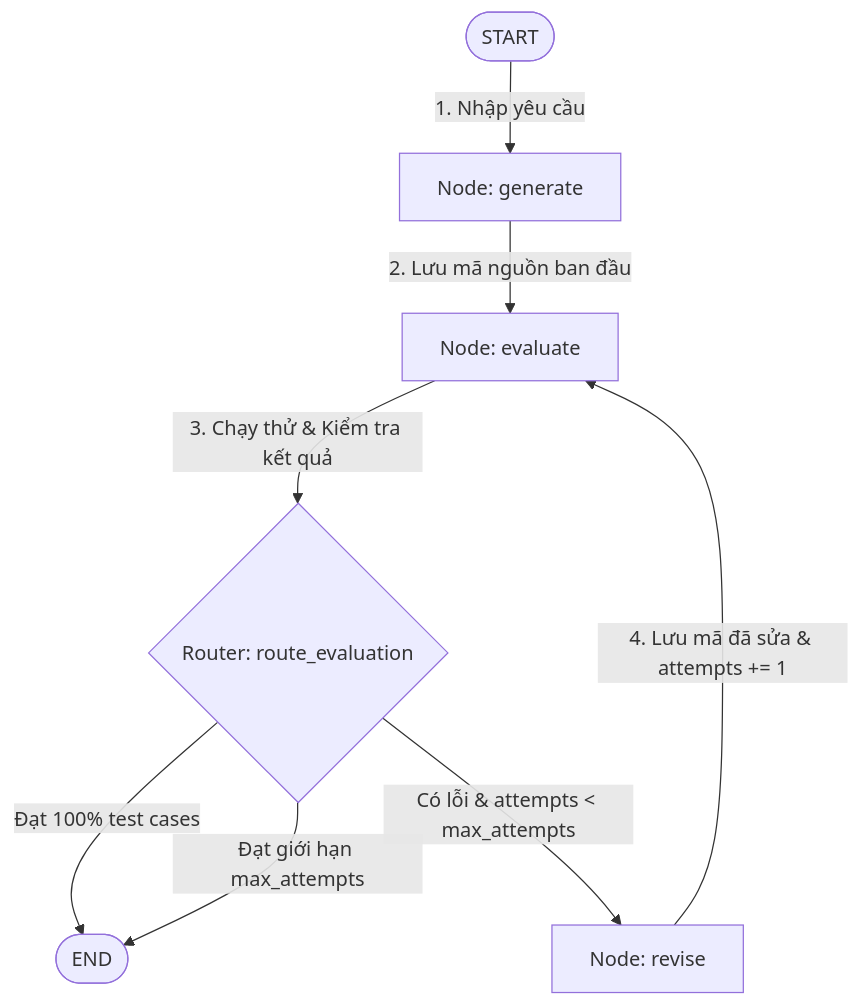
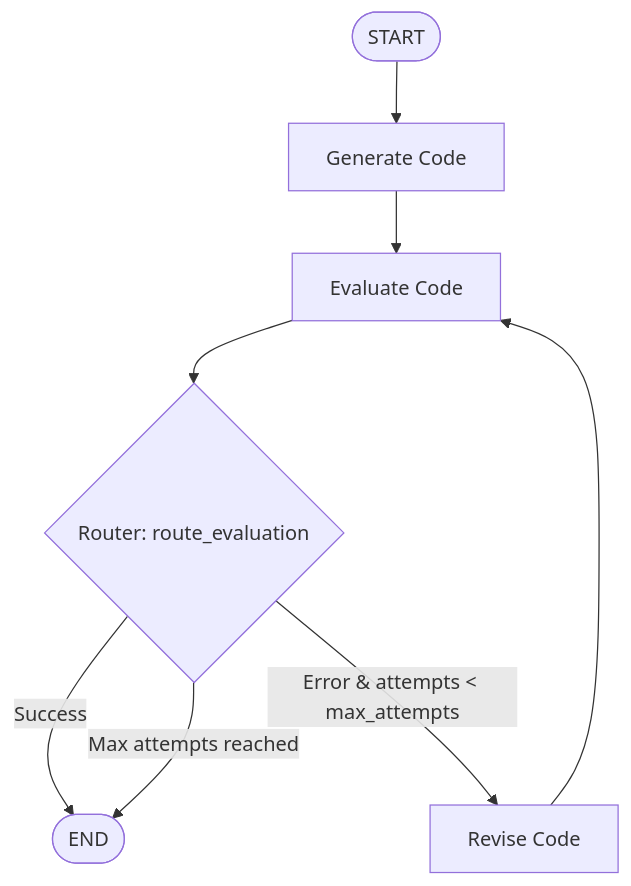
One commit to tutran27/langgraph-learning-labs changed the diagram in labs/04_cycles_and_limits/README.md. Above: the diagram before and after it, drawn with Mermaid.

````diff
--- a/labs/04_cycles_and_limits/README.md
+++ b/labs/04_cycles_and_limits/README.md
@@ -25,12 +25,12 @@
 ```mermaid
 graph TD
-    START([START]) -->|1. Nhập yêu cầu| generate[Node: generate]
-    generate -->|2. Lưu mã nguồn ban đầu| evaluate[Node: evaluate]
-    evaluate -->|3. Chạy thử & Kiểm tra kết quả| router{Router: route_evaluation}
+    START([START]) --> generate[Generate Code]
+    generate --> evaluate[Evaluate Code]
+    evaluate --> router{Router: route_evaluation}
     
-    router -->|Đạt 100% test cases| END([END])
-    router -->|Có lỗi & attempts < max_attempts| revise[Node: revise]
-    router -->|Đạt giới hạn max_attempts| END
+    router -->|Success| END([END])
+    router -->|Error & attempts < max_attempts| revise[Revise Code]
+    router -->|Max attempts reached| END
     
-    revise -->|4. Lưu mã đã sửa & attempts += 1| evaluate
+    revise --> evaluate
 ```
````
